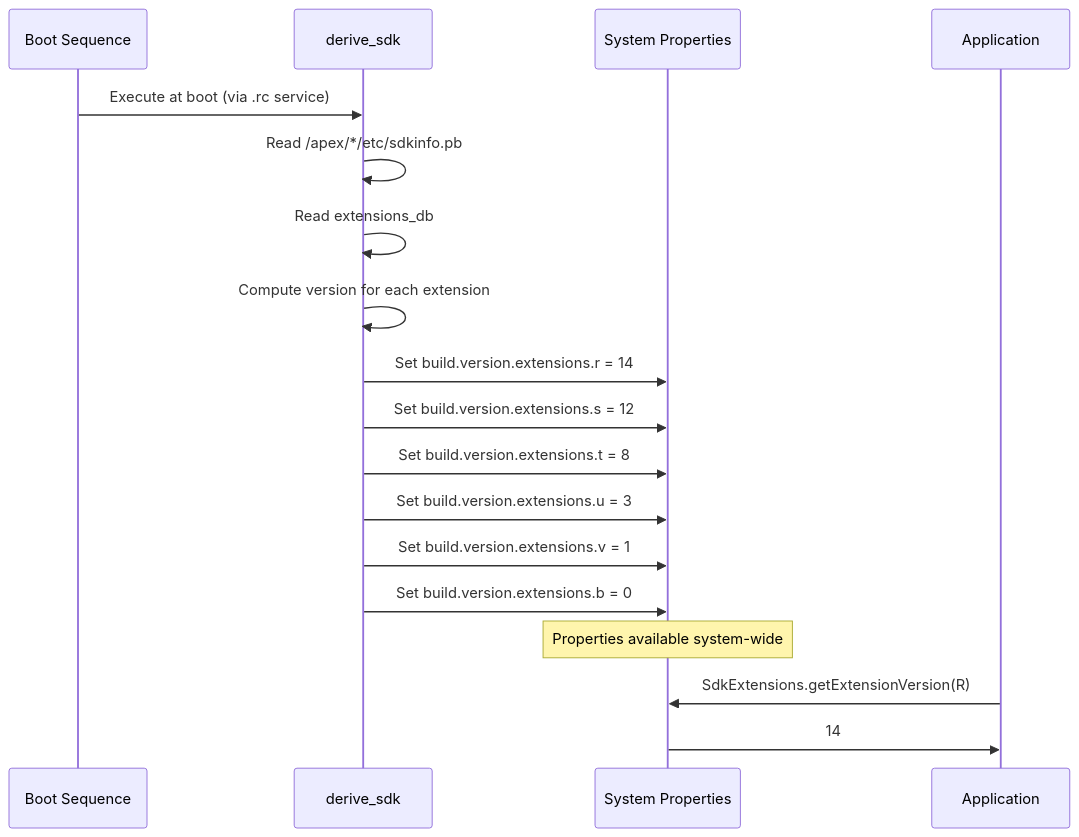
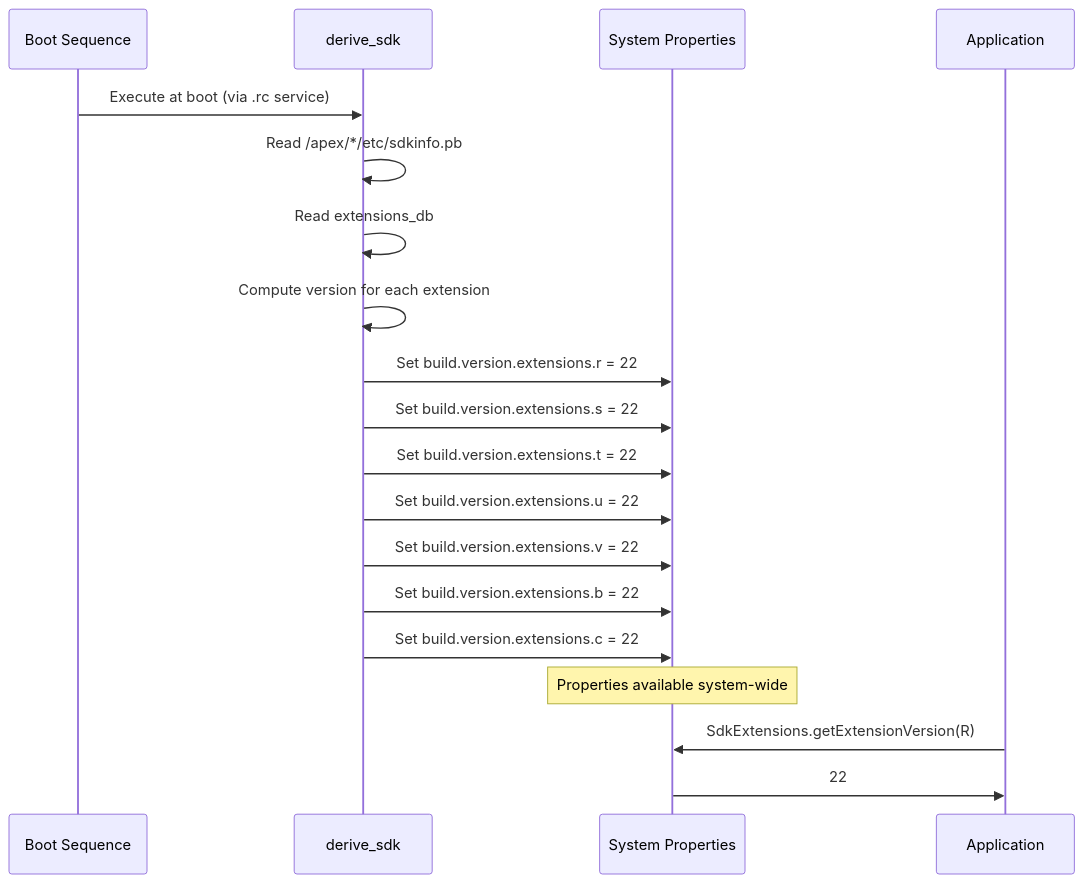
Before and after one commit to aospbooks/aosp-internal-book: the ninth of 21 diagrams in 52-mainline-modules.md, drawn with Mermaid. The commit also changed other lines of this file and 232 other files, not shown here.

````diff
--- a/52-mainline-modules.md
+++ b/52-mainline-modules.md
@@ -2061,21 +2137,22 @@
 ```mermaid
 sequenceDiagram
     participant Boot as Boot Sequence
     participant DS as derive_sdk
     participant Props as System Properties
     participant App as Application
 
     Boot->>DS: Execute at boot (via .rc service)
     DS->>DS: Read /apex/*/etc/sdkinfo.pb
     DS->>DS: Read extensions_db
     DS->>DS: Compute version for each extension
-    DS->>Props: Set build.version.extensions.r = 14
-    DS->>Props: Set build.version.extensions.s = 12
-    DS->>Props: Set build.version.extensions.t = 8
-    DS->>Props: Set build.version.extensions.u = 3
-    DS->>Props: Set build.version.extensions.v = 1
-    DS->>Props: Set build.version.extensions.b = 0
+    DS->>Props: Set build.version.extensions.r = 22
+    DS->>Props: Set build.version.extensions.s = 22
+    DS->>Props: Set build.version.extensions.t = 22
+    DS->>Props: Set build.version.extensions.u = 22
+    DS->>Props: Set build.version.extensions.v = 22
+    DS->>Props: Set build.version.extensions.b = 22
+    DS->>Props: Set build.version.extensions.c = 22
     Note over Props: Properties available system-wide
     App->>Props: SdkExtensions.getExtensionVersion(R)
-    Props->>App: 14
+    Props->>App: 22
 ```
````
